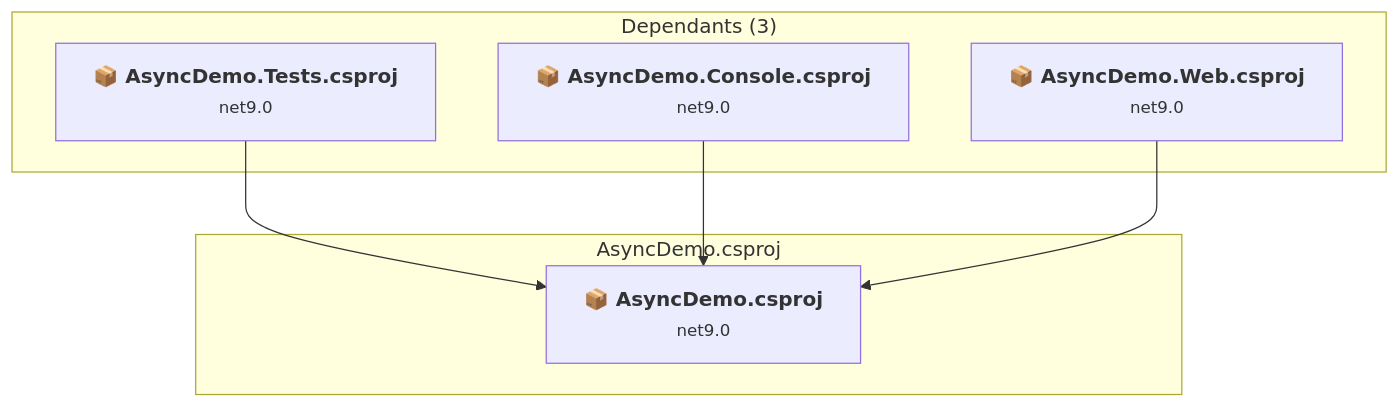
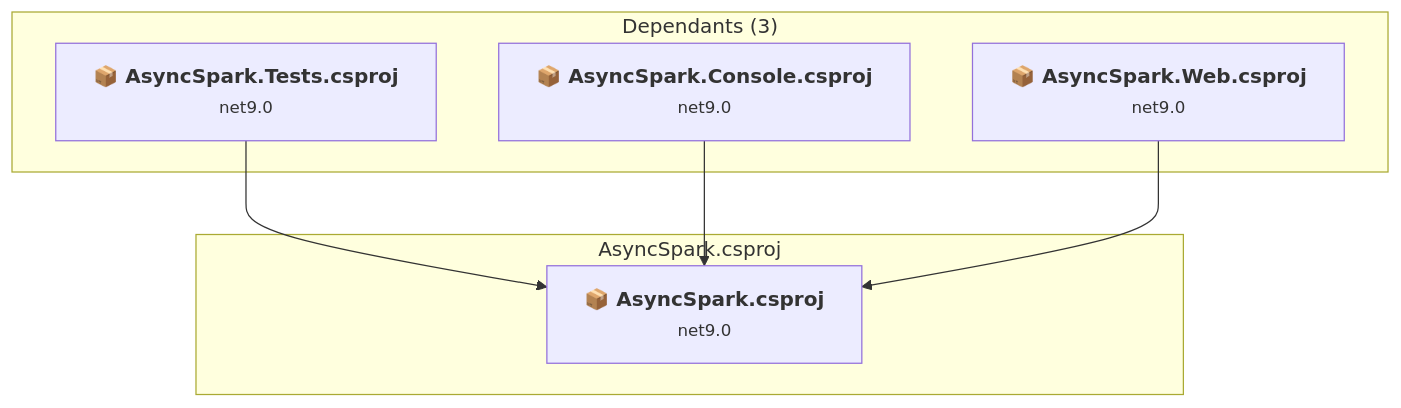
Before and after one commit to markhazleton/AsyncDemo: the fifth of 7 diagrams in .github/upgrades/assessment.md, drawn with Mermaid. The commit also changed other lines of this file and 230 other files, not shown here.

Commit message:
Rebrand AsyncDemo to AsyncSpark

````diff
--- a/.github/upgrades/assessment.md
+++ b/.github/upgrades/assessment.md
@@ -202,19 +202,19 @@
 ```mermaid
 flowchart TB
     subgraph upstream["Dependants (3)"]
-        P2["<b>📦&nbsp;AsyncDemo.Tests.csproj</b><br/><small>net9.0</small>"]
-        P3["<b>📦&nbsp;AsyncDemo.Console.csproj</b><br/><small>net9.0</small>"]
-        P6["<b>📦&nbsp;AsyncDemo.Web.csproj</b><br/><small>net9.0</small>"]
-        click P2 "#asyncdemotestsasyncdemotestscsproj"
-        click P3 "#asyncdemoconsoleasyncdemoconsolecsproj"
-        click P6 "#asyncdemowebasyncdemowebcsproj"
+        P2["<b>📦&nbsp;AsyncSpark.Tests.csproj</b><br/><small>net9.0</small>"]
+        P3["<b>📦&nbsp;AsyncSpark.Console.csproj</b><br/><small>net9.0</small>"]
+        P6["<b>📦&nbsp;AsyncSpark.Web.csproj</b><br/><small>net9.0</small>"]
+        click P2 "#AsyncSparktestsAsyncSparktestscsproj"
+        click P3 "#AsyncSparkconsoleAsyncSparkconsolecsproj"
+        click P6 "#AsyncSparkwebAsyncSparkwebcsproj"
     end
-    subgraph current["AsyncDemo.csproj"]
-        MAIN["<b>📦&nbsp;AsyncDemo.csproj</b><br/><small>net9.0</small>"]
-        click MAIN "#asyncdemoasyncdemocsproj"
+    subgraph current["AsyncSpark.csproj"]
+        MAIN["<b>📦&nbsp;AsyncSpark.csproj</b><br/><small>net9.0</small>"]
+        click MAIN "#AsyncSparkAsyncSparkcsproj"
     end
     P2 --> MAIN
     P3 --> MAIN
     P6 --> MAIN
 
 ```
````
